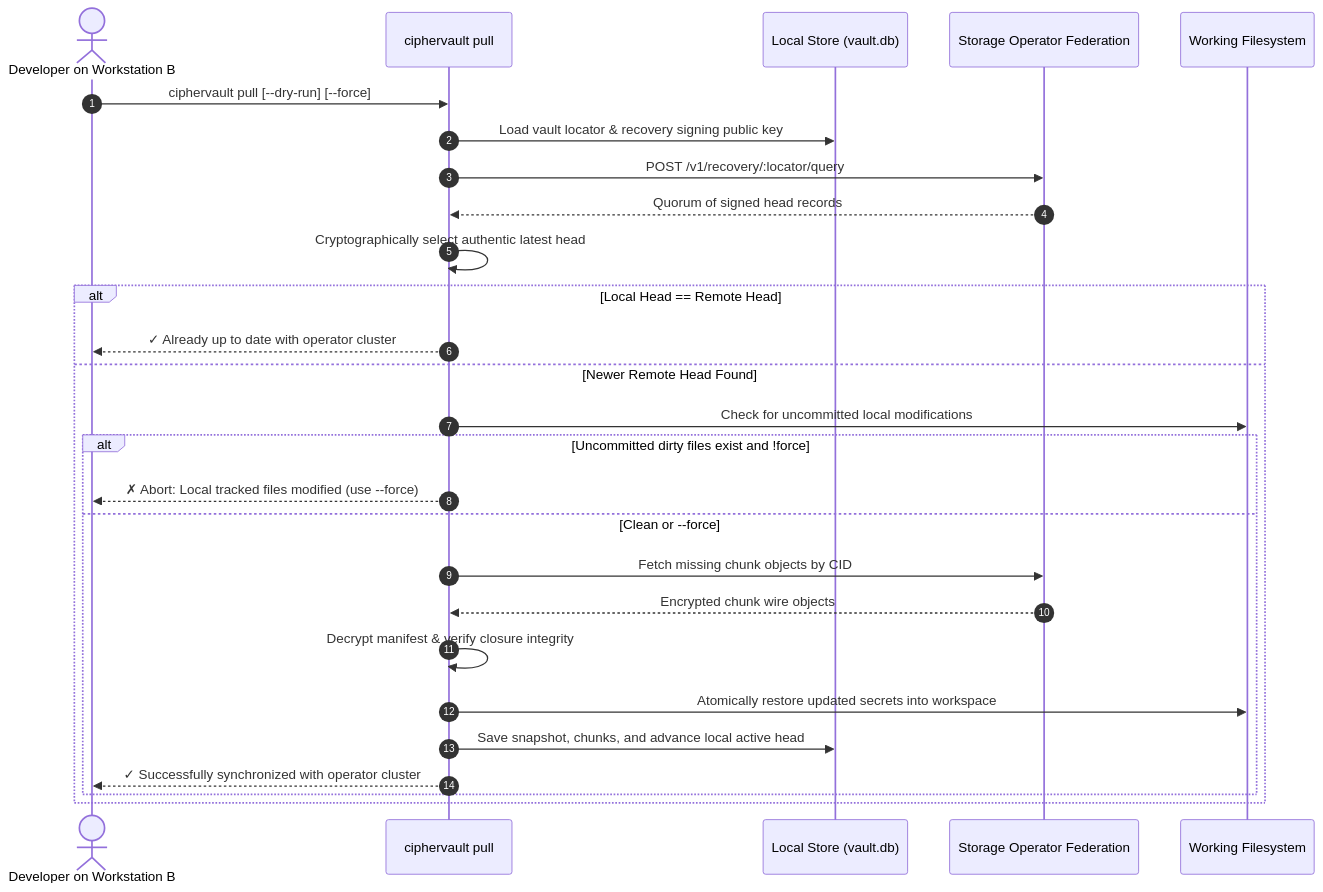
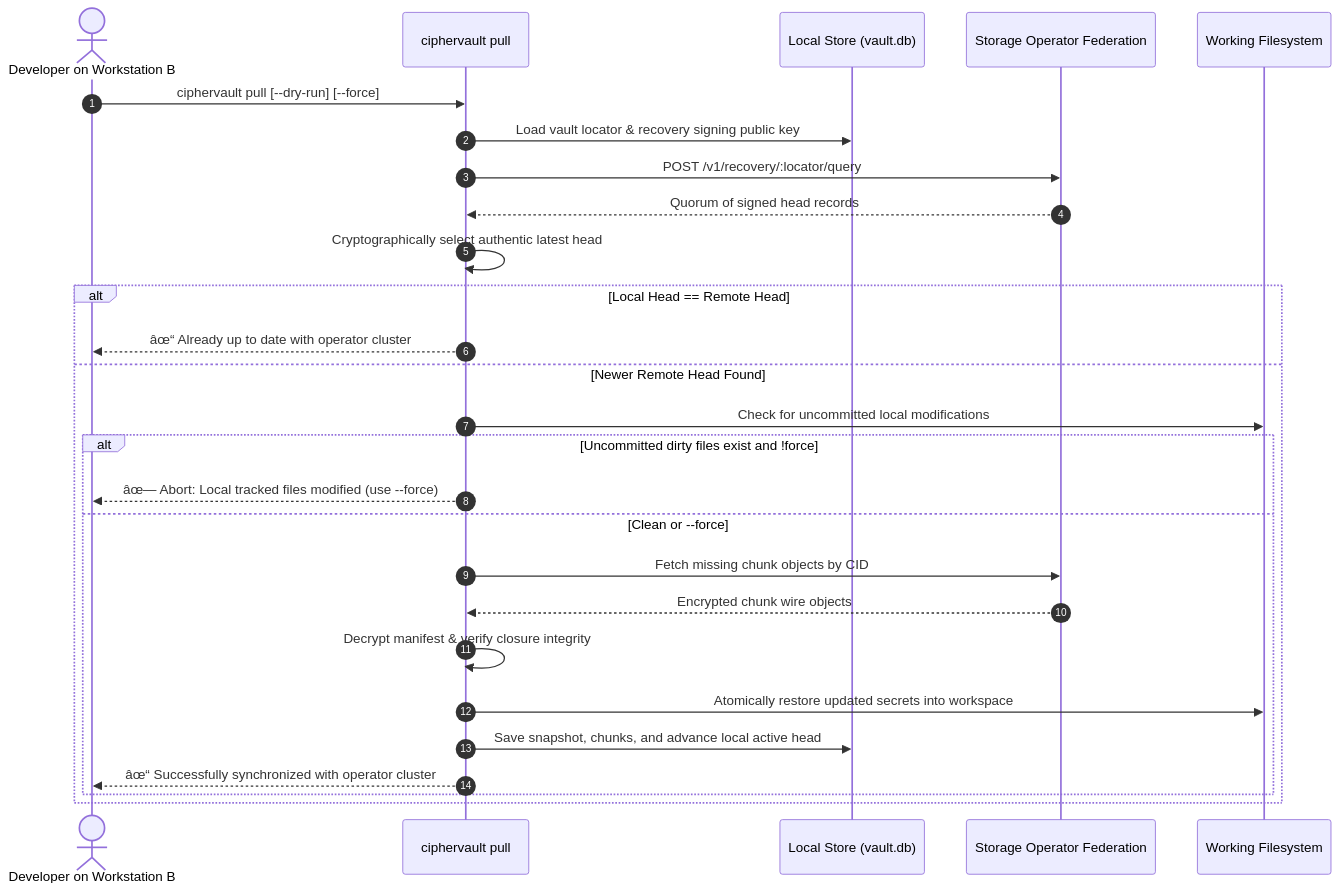
Diagram 11 of 14 in docs/SYSTEM_WORKFLOW.md (samuel-1-avson/CipherVault), drawn with Mermaid before and after one commit. The commit also changed other lines of this file and 5 other files, not shown here.

````diff
--- a/docs/SYSTEM_WORKFLOW.md
+++ b/docs/SYSTEM_WORKFLOW.md
@@ -543,30 +543,30 @@
 ```mermaid
 sequenceDiagram
     autonumber
     actor Dev as Developer on Workstation B
     participant CLI as ciphervault pull
     participant Store as Local Store (vault.db)
     participant Ops as Storage Operator Federation
     participant FS as Working Filesystem
 
     Dev->>CLI: ciphervault pull [--dry-run] [--force]
     CLI->>Store: Load vault locator & recovery signing public key
     CLI->>Ops: POST /v1/recovery/:locator/query
     Ops-->>CLI: Quorum of signed head records
     CLI->>CLI: Cryptographically select authentic latest head
     alt Local Head == Remote Head
-        CLI-->>Dev: ✓ Already up to date with operator cluster
+        CLI-->>Dev: âœ“ Already up to date with operator cluster
     else Newer Remote Head Found
         CLI->>FS: Check for uncommitted local modifications
         alt Uncommitted dirty files exist and !force
-            CLI-->>Dev: ✗ Abort: Local tracked files modified (use --force)
+            CLI-->>Dev: âœ— Abort: Local tracked files modified (use --force)
         else Clean or --force
             CLI->>Ops: Fetch missing chunk objects by CID
             Ops-->>CLI: Encrypted chunk wire objects
             CLI->>CLI: Decrypt manifest & verify closure integrity
             CLI->>FS: Atomically restore updated secrets into workspace
             CLI->>Store: Save snapshot, chunks, and advance local active head
-            CLI-->>Dev: ✓ Successfully synchronized with operator cluster
+            CLI-->>Dev: âœ“ Successfully synchronized with operator cluster
         end
     end
 ```
````
